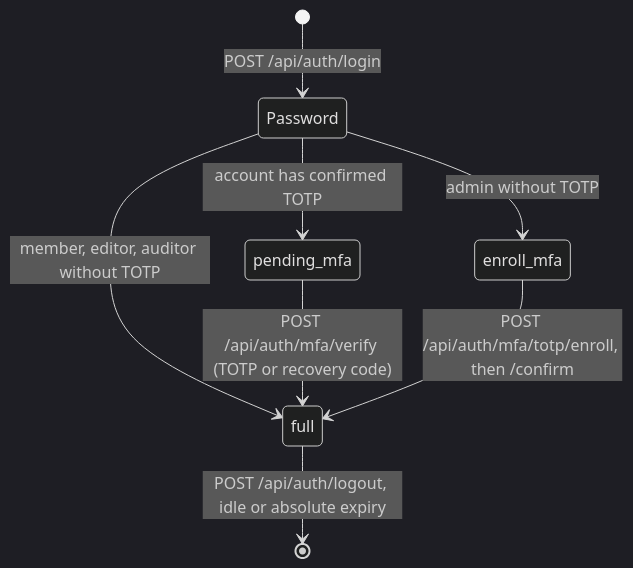
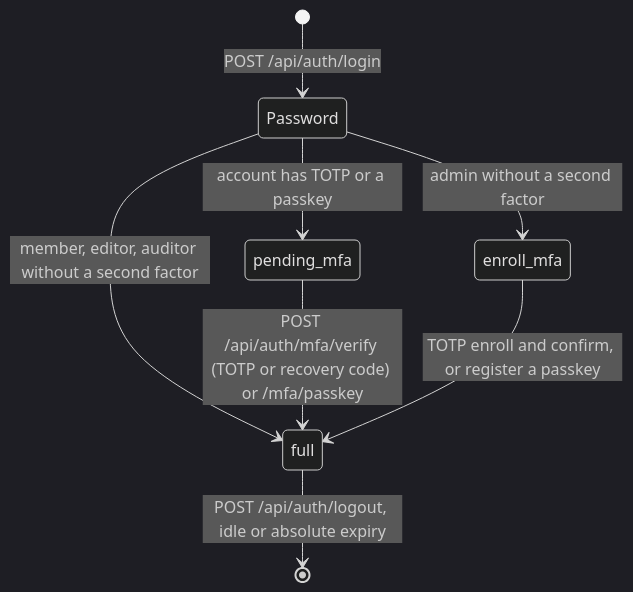
One commit to FurkanKocatas/Synapse changed the diagram in docs/design/identity.md. Above: the diagram before and after it, drawn with Mermaid (dark theme). The commit also changed other lines of this file and 14 other files, not shown here.

````diff
--- a/docs/design/identity.md
+++ b/docs/design/identity.md
@@ -7,10 +7,10 @@
 ```mermaid
 stateDiagram-v2
     [*] --> Password: POST /api/auth/login
-    Password --> full: member, editor, auditor without TOTP
-    Password --> pending_mfa: account has confirmed TOTP
-    Password --> enroll_mfa: admin without TOTP
-    pending_mfa --> full: POST /api/auth/mfa/verify (TOTP or recovery code)
-    enroll_mfa --> full: POST /api/auth/mfa/totp/enroll, then /confirm
+    Password --> full: member, editor, auditor without a second factor
+    Password --> pending_mfa: account has TOTP or a passkey
+    Password --> enroll_mfa: admin without a second factor
+    pending_mfa --> full: POST /api/auth/mfa/verify (TOTP or recovery code) or /mfa/passkey
+    enroll_mfa --> full: TOTP enroll and confirm, or register a passkey
     full --> [*]: POST /api/auth/logout, idle or absolute expiry
 ```
````
